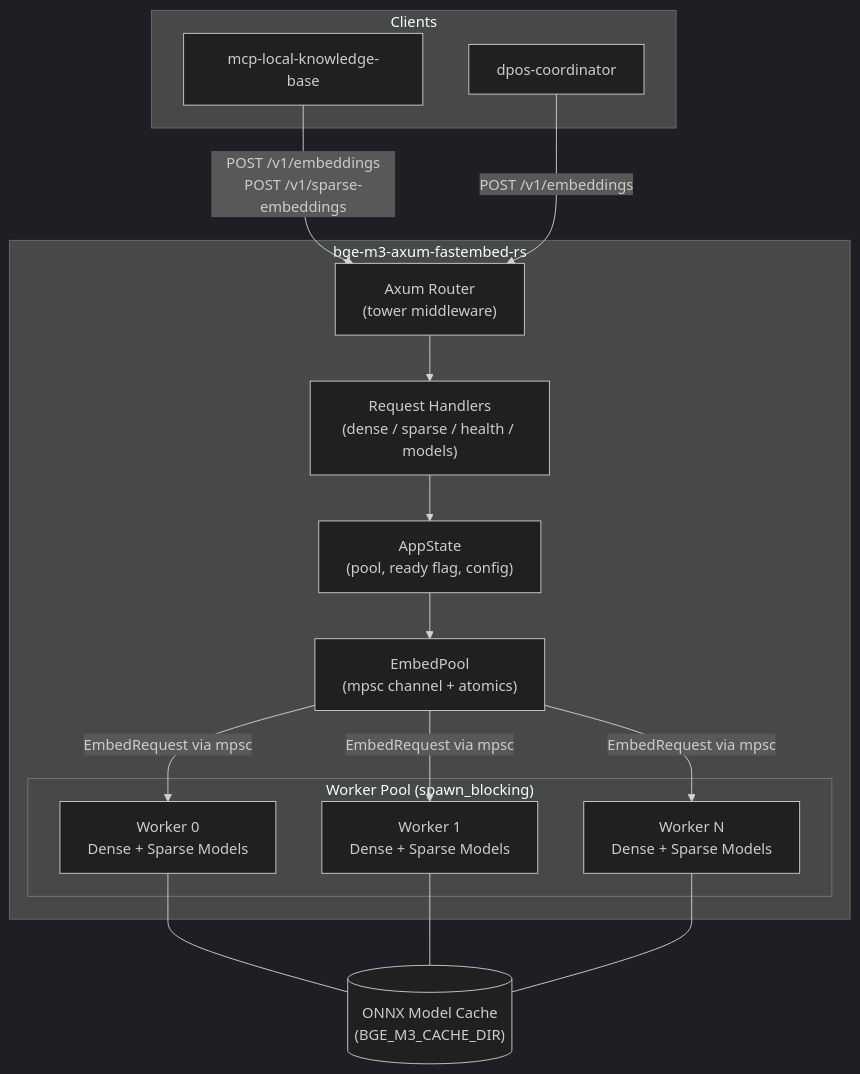
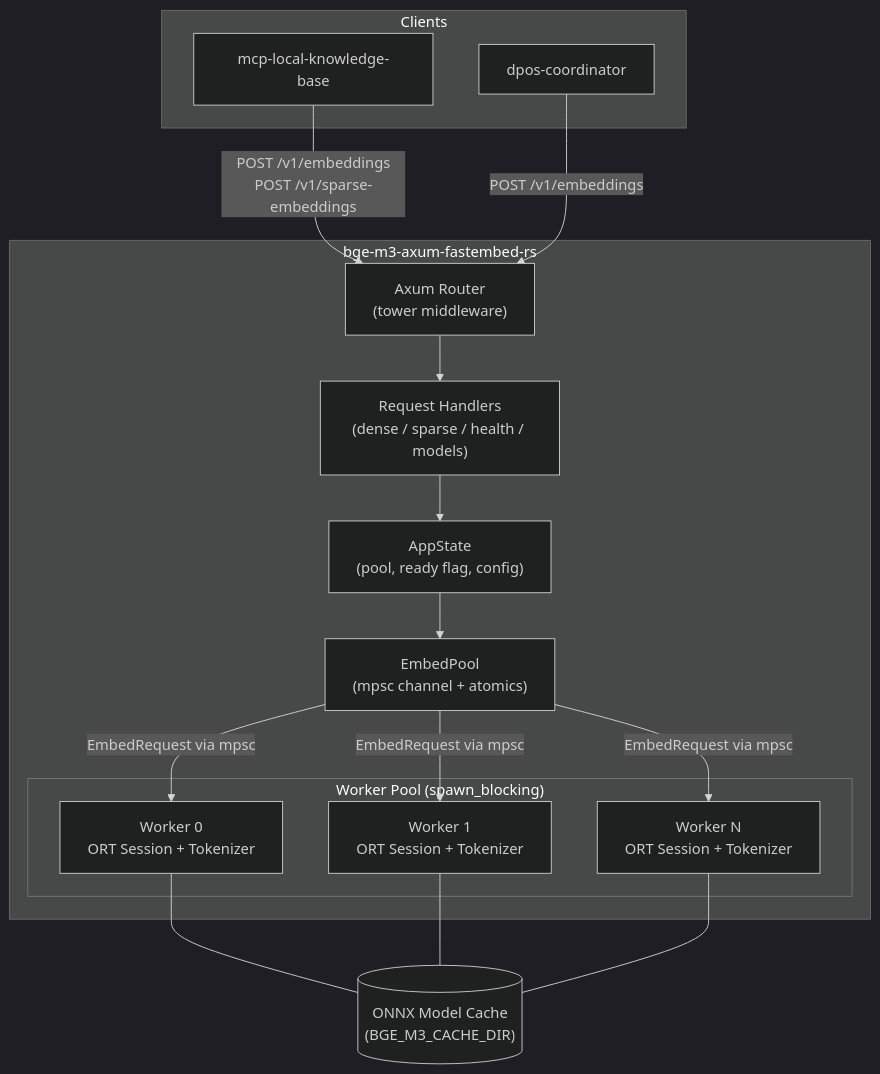
Before and after one commit to Fulton-Engineering-Services/bge-m3-embedding-server: the first of 4 diagrams in docs/architecture.md, drawn with Mermaid (dark theme). The commit also changed other lines of this file and 6 other files, not shown here.

````diff
--- a/docs/architecture.md
+++ b/docs/architecture.md
@@ -10,34 +11,34 @@
 ```mermaid
 graph TB
     subgraph Clients
         KnowledgeBase["mcp-local-knowledge-base"]
         Coordinator["dpos-coordinator"]
     end
 
     subgraph "bge-m3-axum-fastembed-rs"
         Router["Axum Router<br/>(tower middleware)"]
         Handlers["Request Handlers<br/>(dense / sparse / health / models)"]
         AppState["AppState<br/>(pool, ready flag, config)"]
         Pool["EmbedPool<br/>(mpsc channel + atomics)"]
 
         subgraph "Worker Pool (spawn_blocking)"
-            W0["Worker 0<br/>Dense + Sparse Models"]
-            W1["Worker 1<br/>Dense + Sparse Models"]
-            Wn["Worker N<br/>Dense + Sparse Models"]
+            W0["Worker 0<br/>ORT Session + Tokenizer"]
+            W1["Worker 1<br/>ORT Session + Tokenizer"]
+            Wn["Worker N<br/>ORT Session + Tokenizer"]
         end
     end
 
     Cache[("ONNX Model Cache<br/>(BGE_M3_CACHE_DIR)")]
 
     KnowledgeBase -->|"POST /v1/embeddings<br/>POST /v1/sparse-embeddings"| Router
     Coordinator -->|"POST /v1/embeddings"| Router
     Router --> Handlers
     Handlers --> AppState
     AppState --> Pool
     Pool -->|"EmbedRequest via mpsc"| W0
     Pool -->|"EmbedRequest via mpsc"| W1
     Pool -->|"EmbedRequest via mpsc"| Wn
     W0 --- Cache
     W1 --- Cache
     Wn --- Cache
 ```
````
